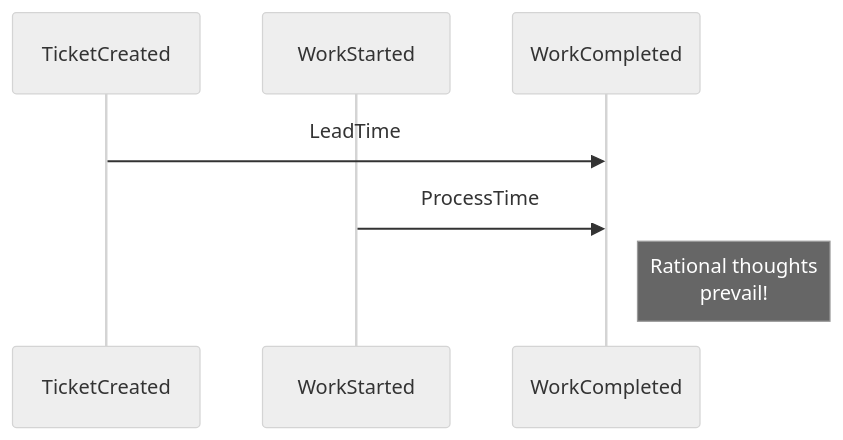
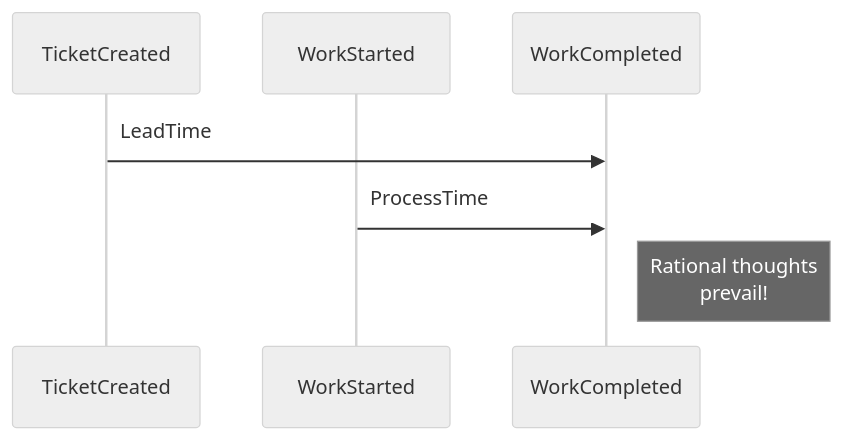
One commit to wayofthepie/notes changed the second of 2 diagrams in books/the_devops_handbook.md. Above: the diagram before and after it, drawn with Mermaid (neutral theme).

Commit message:
Try add styling for sequence

````diff
--- a/books/the_devops_handbook.md
+++ b/books/the_devops_handbook.md
@@ -20,9 +20,10 @@
 ```mermaid
+%%{init: { 'sequence': {'messageAlign': 'left'} }}%%
 sequenceDiagram
     participant TicketCreated
     participant WorkStarted
     participant WorkCompleted
     TicketCreated->>WorkCompleted: LeadTime
     WorkStarted->>WorkCompleted: ProcessTime
     Note right of WorkCompleted: Rational thoughts <br/>prevail!
 ```
````
